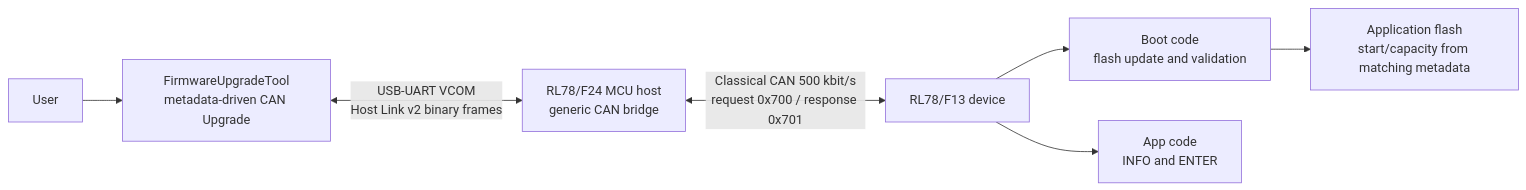
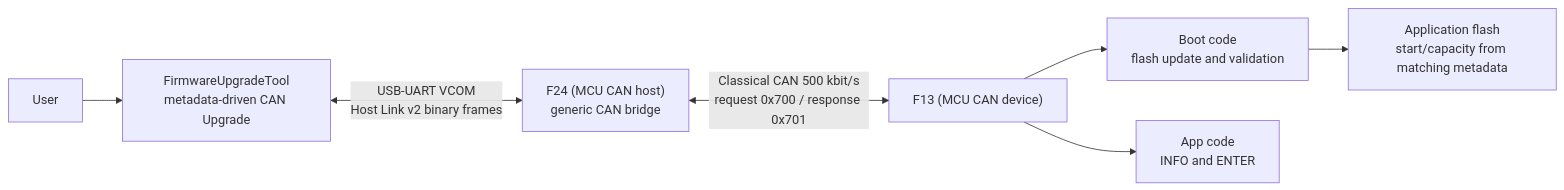
The first of 20 diagrams in docs/F13_BOOT_UPDATE_FLOW_zh-TW.md (released/simple_renesas_isp_tool), drawn with Mermaid before and after one commit. The commit also changed other lines of this file and 25 other files, not shown here.

````diff
--- a/docs/F13_BOOT_UPDATE_FLOW_zh-TW.md
+++ b/docs/F13_BOOT_UPDATE_FLOW_zh-TW.md
@@ -59,9 +59,9 @@
 ```mermaid
 flowchart LR
     USER["User"] --> TOOL["FirmwareUpgradeTool<br/>metadata-driven CAN Upgrade"]
-    TOOL <-->|"USB-UART VCOM<br/>Host Link v2 binary frames"| F24["RL78/F24 MCU host<br/>generic CAN bridge"]
-    F24 <-->|"Classical CAN 500 kbit/s<br/>request 0x700 / response 0x701"| F13["RL78/F13 device"]
+    TOOL <-->|"USB-UART VCOM<br/>Host Link v2 binary frames"| F24["F24 (MCU CAN host)<br/>generic CAN bridge"]
+    F24 <-->|"Classical CAN 500 kbit/s<br/>request 0x700 / response 0x701"| F13["F13 (MCU CAN device)"]
     F13 --> BOOT["Boot code<br/>flash update and validation"]
     F13 --> APP["App code<br/>INFO and ENTER"]
     BOOT --> FLASH["Application flash<br/>start/capacity from matching metadata"]
 ```
````
